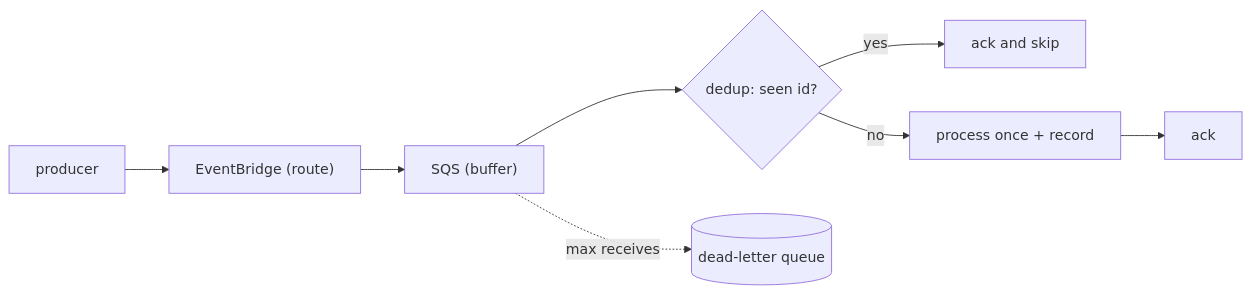
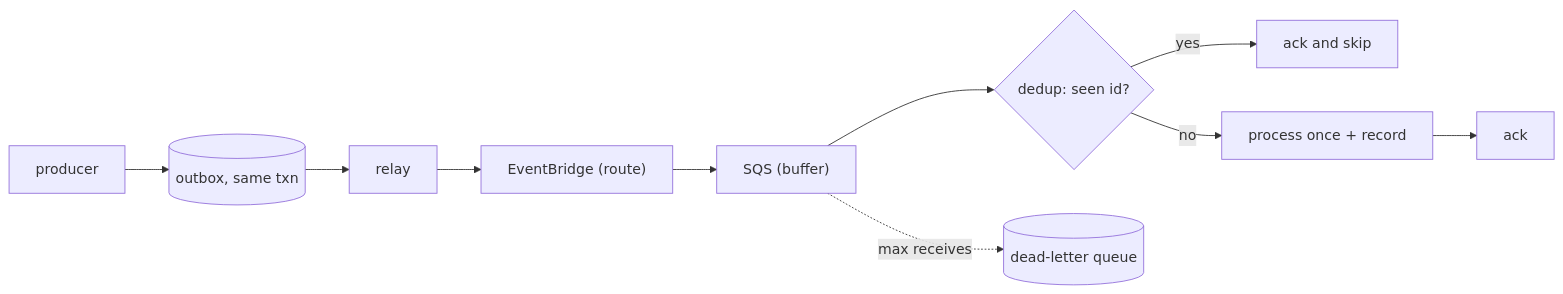
The diagram in src/topics-md/event-driven.md (Sundeepg98/deepdive-rehearsal), drawn with Mermaid before and after one commit. The commit also changed other lines of this file and 41 other files, not shown here.

````diff
--- a/src/topics-md/event-driven.md
+++ b/src/topics-md/event-driven.md
@@ -257,10 +602,12 @@
 ```mermaid
 flowchart LR
-  P[producer] --> B["EventBridge (route)"]
+  P[producer] --> O[(outbox, same txn)]
+  O --> R[relay]
+  R --> B["EventBridge (route)"]
   B --> Q["SQS (buffer)"]
   Q --> C{"dedup: seen id?"}
   C -- yes --> S[ack and skip]
   C -- no --> W[process once + record]
   W --> A[ack]
   Q -. max receives .-> D[(dead-letter queue)]
 ```
````
